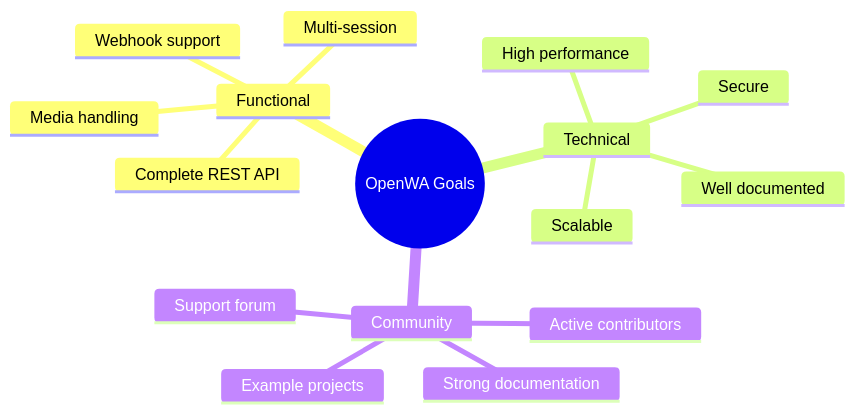
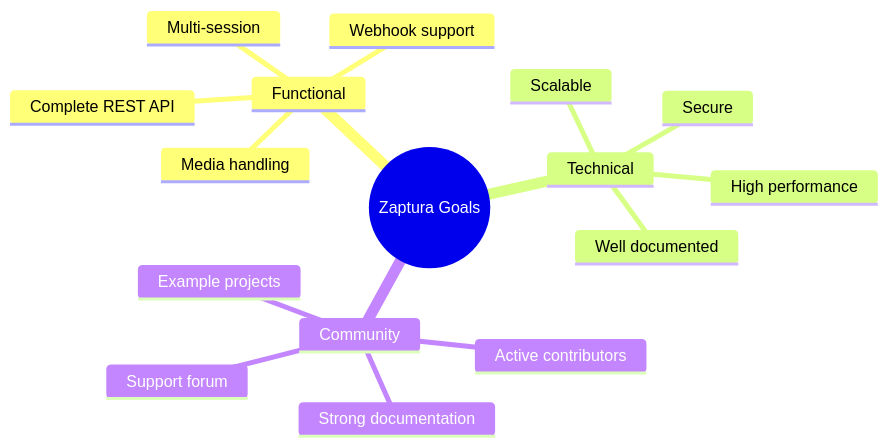
The second of 5 diagrams in docs/01-project-overview.md (AsmSafone/Whatsapp-SaaS), drawn with Mermaid before and after one commit. The commit also changed other lines of this file and 940 other files, not shown here.

````diff
--- a/docs/01-project-overview.md
+++ b/docs/01-project-overview.md
@@ -72,19 +72,19 @@
 ```mermaid
 mindmap
-  root((OpenWA Goals))
+  root((Zaptura Goals))
     Functional
       Complete REST API
       Multi-session
       Webhook support
       Media handling
     Technical
       High performance
       Scalable
       Secure
       Well documented
     Community
       Active contributors
       Strong documentation
       Example projects
       Support forum
 ```
````
